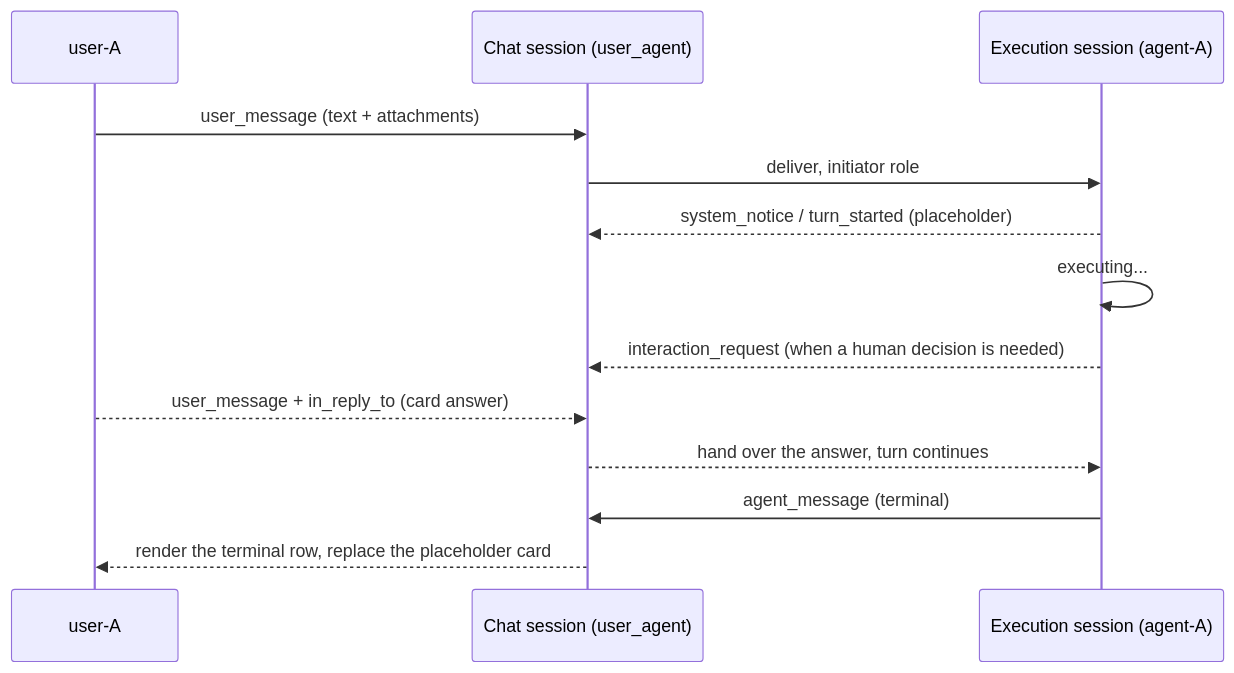
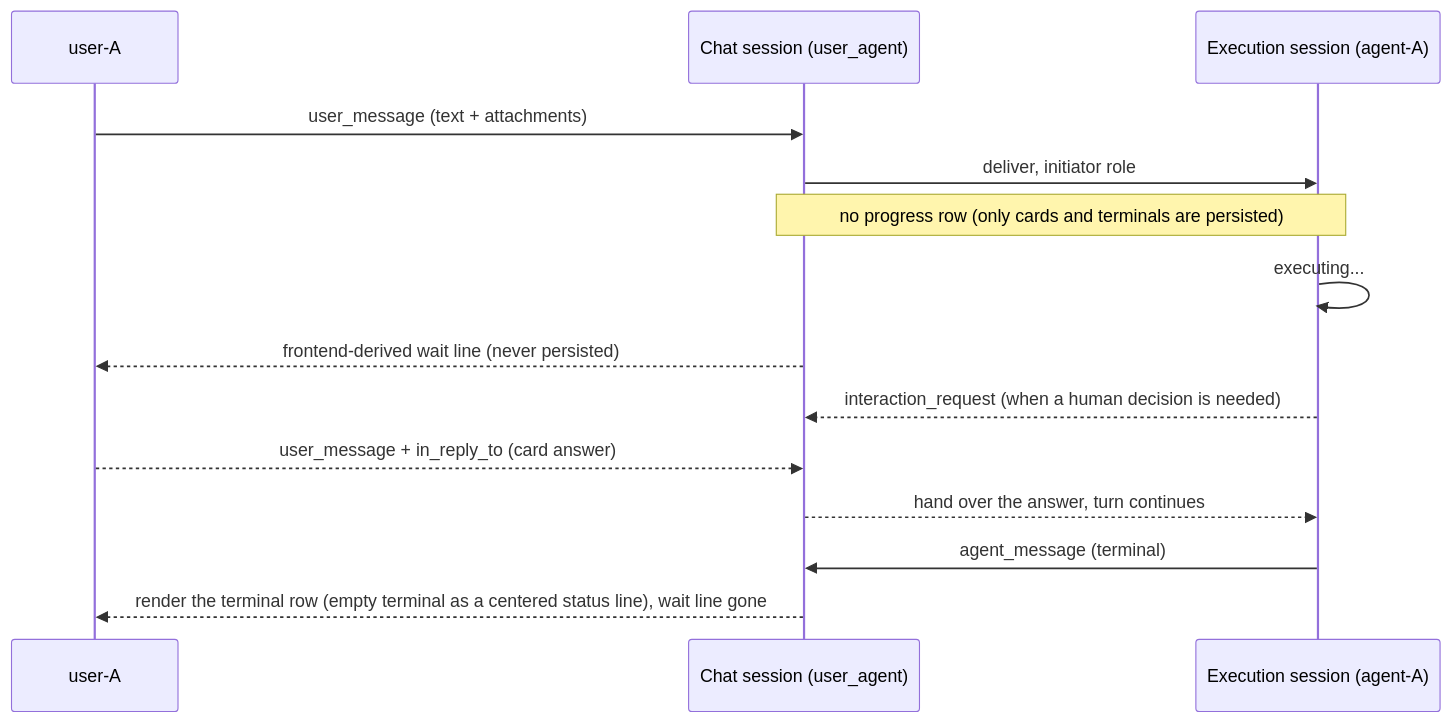
The sixth of 10 diagrams in docs/design/en/27-intent-messaging-and-group-chat.md (acowork/acowork), drawn with Mermaid before and after one commit. The commit also changed other lines of this file and 82 other files, not shown here.

````diff
--- a/docs/design/en/27-intent-messaging-and-group-chat.md
+++ b/docs/design/en/27-intent-messaging-and-group-chat.md
@@ -512,15 +517,16 @@
 ```mermaid
 sequenceDiagram
     participant U as user-A
     participant CS as Chat session (user_agent)
     participant ES as Execution session (agent-A)
     U->>CS: user_message (text + attachments)
     CS->>ES: deliver, initiator role
-    ES-->>CS: system_notice / turn_started (placeholder)
+    Note over ES,CS: no progress row (only cards and terminals are persisted)
     ES->>ES: executing...
+    CS-->>U: frontend-derived wait line (never persisted)
     ES-->>CS: interaction_request (when a human decision is needed)
     U-->>CS: user_message + in_reply_to (card answer)
     CS-->>ES: hand over the answer, turn continues
     ES->>CS: agent_message (terminal)
-    CS-->>U: render the terminal row, replace the placeholder card
+    CS-->>U: render the terminal row (empty terminal as a centered status line), wait line gone
 ```
````
